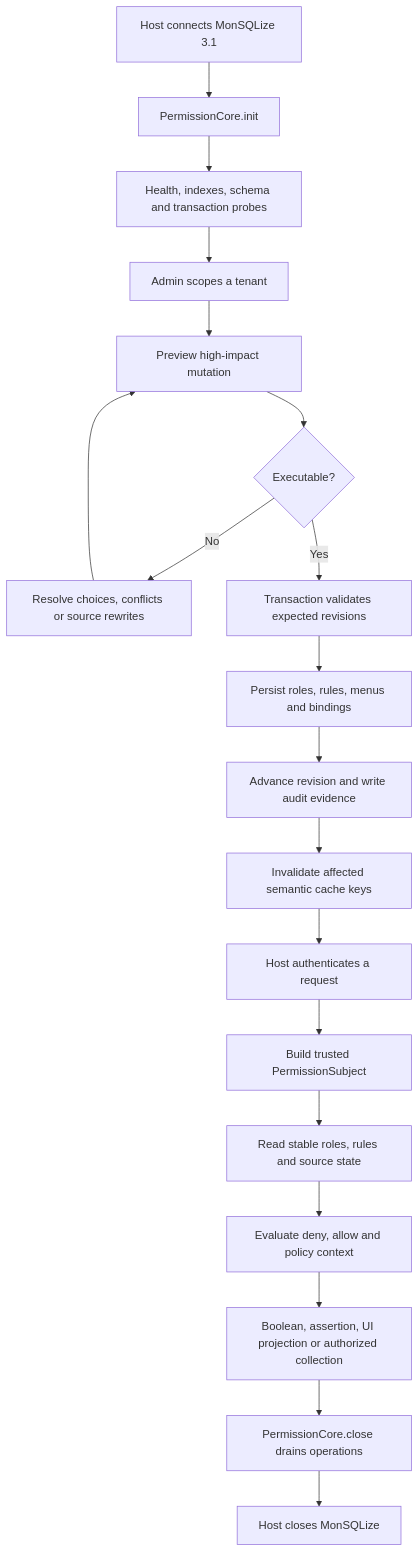
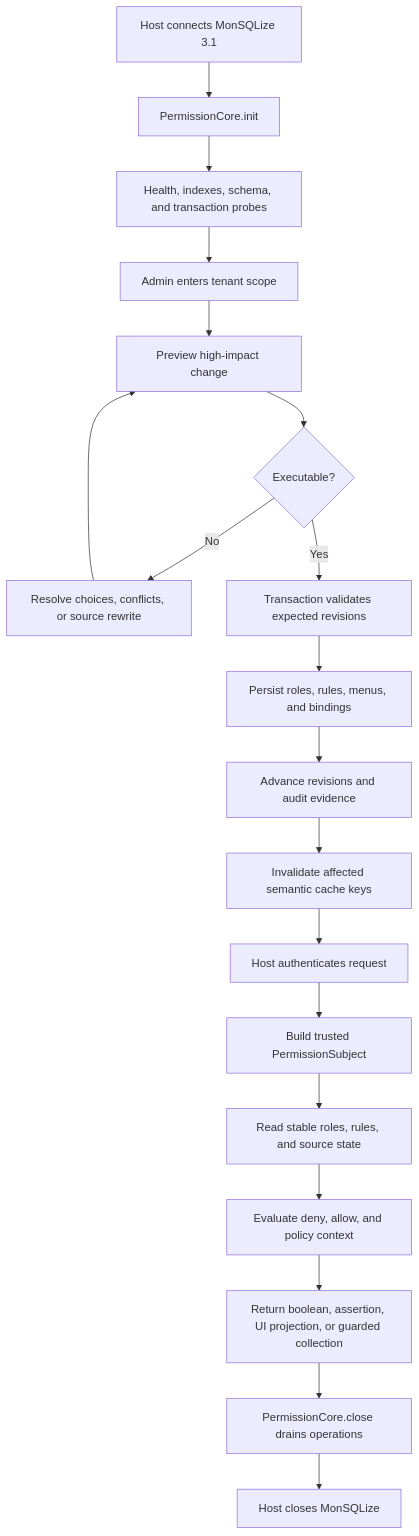
One commit to vextjs/permission-core changed the diagram in website/docs/guide/permission-lifecycle.md. Above: the diagram before and after it, drawn with Mermaid. The commit also changed other lines of this file and 39 other files, not shown here.

````diff
--- a/website/docs/guide/permission-lifecycle.md
+++ b/website/docs/guide/permission-lifecycle.md
@@ -7,23 +10,23 @@
 ```mermaid
 flowchart TD
   accTitle: Permission lifecycle
   accDescr: The host initializes storage, administrators commit revisioned permission state, requests evaluate a trusted subject, and shutdown drains permission work before the host database closes.
   A["Host connects MonSQLize 3.1"] --> B["PermissionCore.init"]
-  B --> C["Health, indexes, schema and transaction probes"]
-  C --> D["Admin scopes a tenant"]
-  D --> E["Preview high-impact mutation"]
+  B --> C["Health, indexes, schema, and transaction probes"]
+  C --> D["Admin enters tenant scope"]
+  D --> E["Preview high-impact change"]
   E --> F{"Executable?"}
-  F -- "No" --> G["Resolve choices, conflicts or source rewrites"]
+  F -- "No" --> G["Resolve choices, conflicts, or source rewrite"]
   G --> E
   F -- "Yes" --> H["Transaction validates expected revisions"]
-  H --> I["Persist roles, rules, menus and bindings"]
-  I --> J["Advance revision and write audit evidence"]
+  H --> I["Persist roles, rules, menus, and bindings"]
+  I --> J["Advance revisions and audit evidence"]
   J --> K["Invalidate affected semantic cache keys"]
-  K --> L["Host authenticates a request"]
+  K --> L["Host authenticates request"]
   L --> M["Build trusted PermissionSubject"]
-  M --> N["Read stable roles, rules and source state"]
-  N --> O["Evaluate deny, allow and policy context"]
-  O --> P["Boolean, assertion, UI projection or authorized collection"]
+  M --> N["Read stable roles, rules, and source state"]
+  N --> O["Evaluate deny, allow, and policy context"]
+  O --> P["Return boolean, assertion, UI projection, or guarded collection"]
   P --> Q["PermissionCore.close drains operations"]
   Q --> R["Host closes MonSQLize"]
 ```
````
